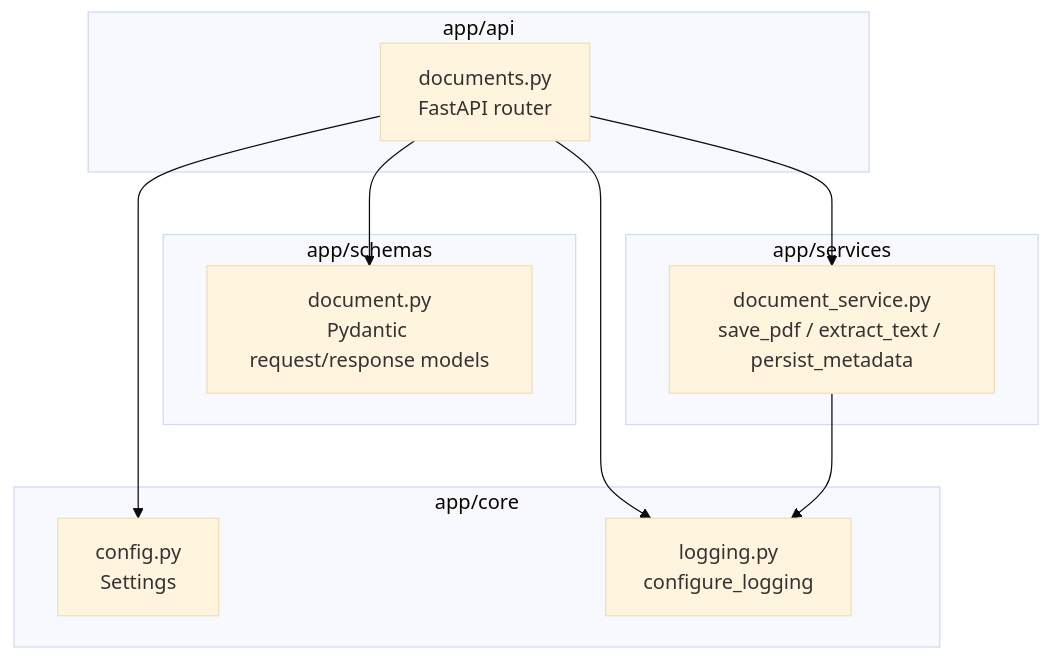
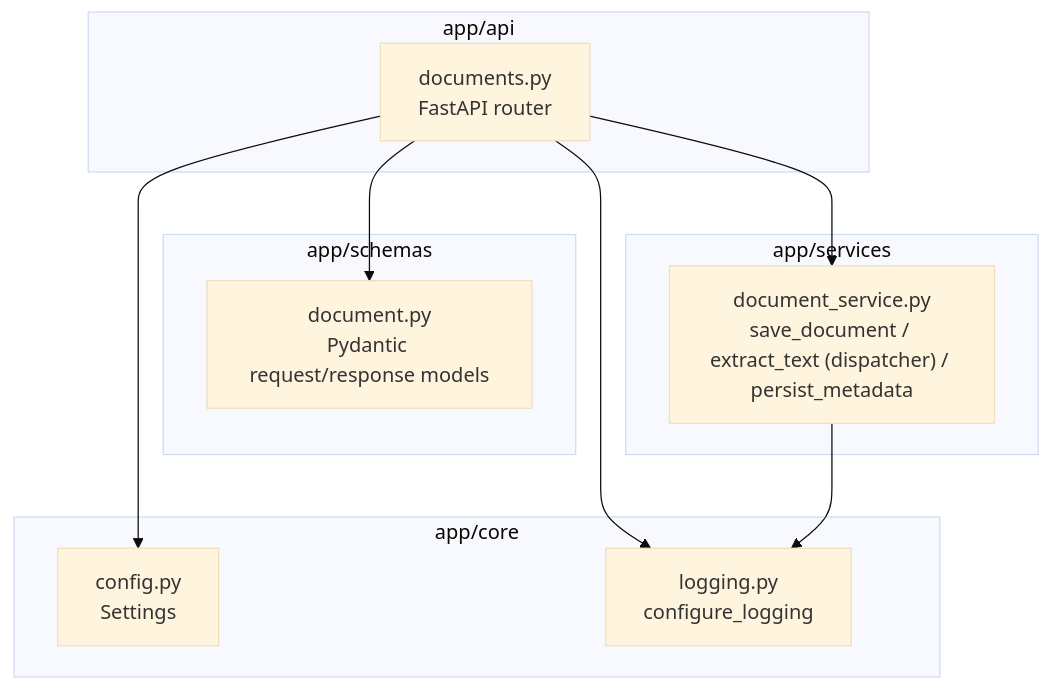
Before and after one commit to NavdeepTU/KnowledgeHub_AI: the first of 2 diagrams in docs/ARCHITECTURE.md, drawn with Mermaid (base theme). The commit also changed other lines of this file and 4 other files, not shown here.

````diff
--- a/docs/ARCHITECTURE.md
+++ b/docs/ARCHITECTURE.md
@@ -14,25 +14,25 @@
 ```mermaid
 flowchart TD
     subgraph API["app/api"]
         documents["documents.py<br/>FastAPI router"]
     end
 
     subgraph Schemas["app/schemas"]
         schema["document.py<br/>Pydantic request/response models"]
     end
 
     subgraph Services["app/services"]
-        service["document_service.py<br/>save_pdf / extract_text / persist_metadata"]
+        service["document_service.py<br/>save_document / extract_text (dispatcher) / persist_metadata"]
     end
 
     subgraph Core["app/core"]
         config["config.py<br/>Settings"]
         logging_["logging.py<br/>configure_logging"]
     end
 
     documents --> schema
     documents --> service
     documents --> config
     documents --> logging_
     service --> logging_
 ```
````
